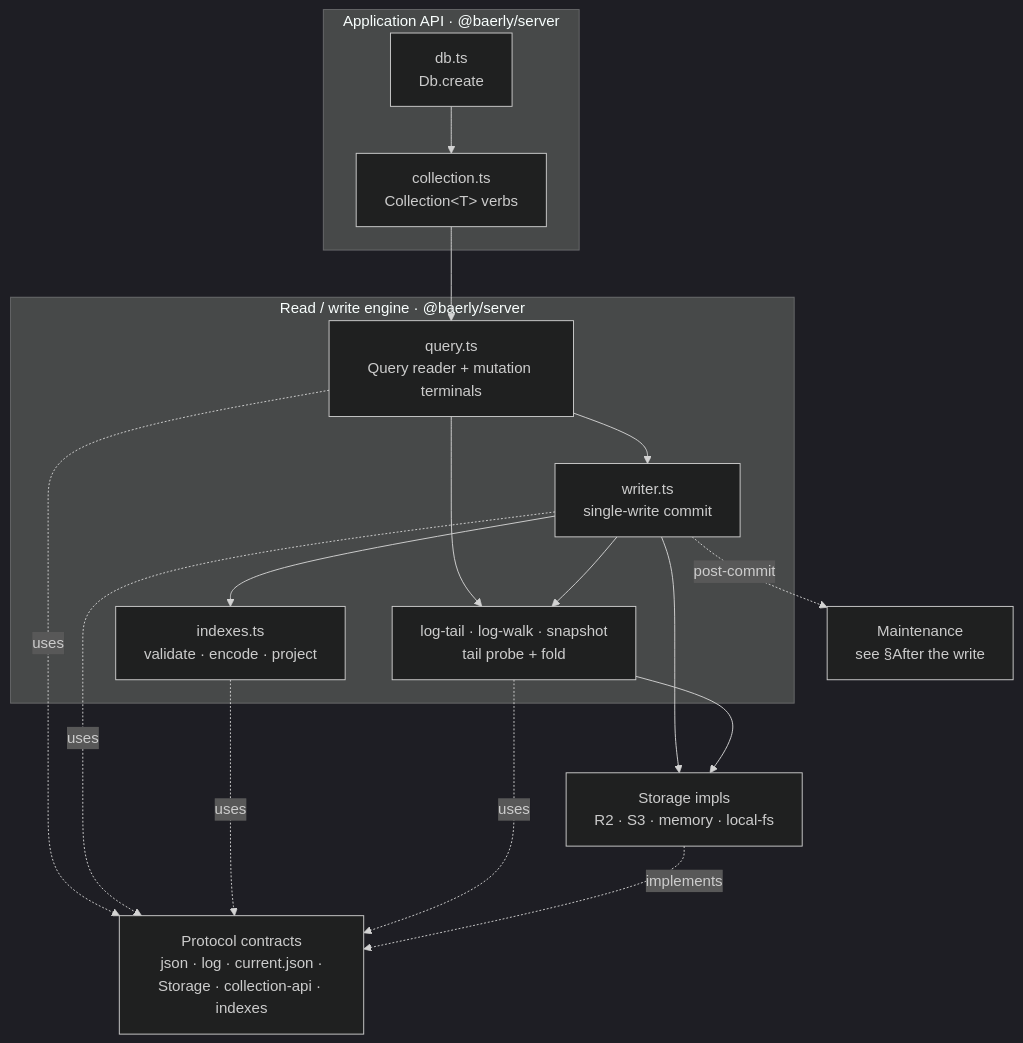
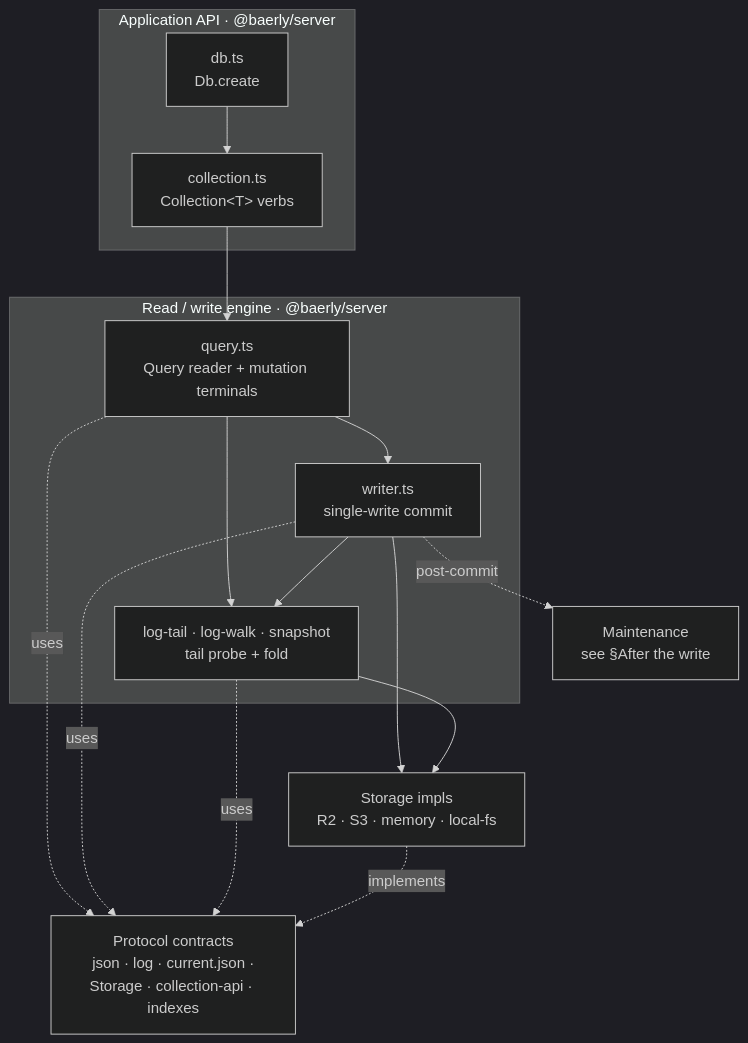
Before and after one commit to Gusto/baerly-storage: the second of 4 diagrams in docs/architecture.md, drawn with Mermaid (dark theme). The commit also changed other lines of this file and 27 other files, not shown here.

````diff
--- a/docs/architecture.md
+++ b/docs/architecture.md
@@ -154,33 +154,30 @@
 ```mermaid
 flowchart TD
     subgraph api["Application API · @baerly/server"]
         db["db.ts<br/>Db.create"]
         collection["collection.ts<br/>Collection&lt;T&gt; verbs"]
     end
 
     subgraph engine["Read / write engine · @baerly/server"]
         query["query.ts<br/>Query reader + mutation terminals"]
         writer["writer.ts<br/>single-write commit"]
-        indexhelpers["indexes.ts<br/>validate · encode · project"]
         logio["log-tail · log-walk · snapshot<br/>tail probe + fold"]
     end
 
     protocol["Protocol contracts<br/>json · log · current.json ·<br/>Storage · collection-api · indexes"]
     storage["Storage impls<br/>R2 · S3 · memory · local-fs"]
     maint["Maintenance<br/>see §After the write"]
 
     db --> collection
     collection --> query
     query --> writer
     query --> logio
     query -. uses .-> protocol
-    writer --> indexhelpers
     writer --> logio
     writer --> storage
     writer -. uses .-> protocol
     writer -. post-commit .-> maint
-    indexhelpers -. uses .-> protocol
     logio --> storage
     logio -. uses .-> protocol
     storage -. implements .-> protocol
 ```
````
